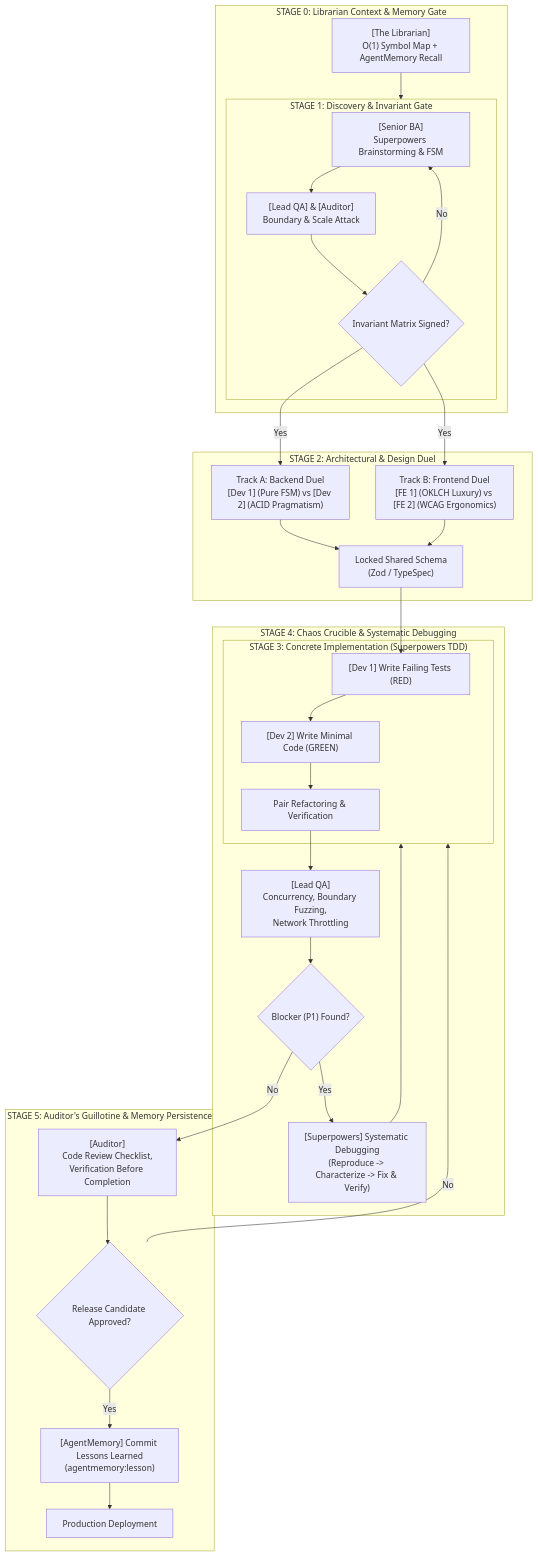
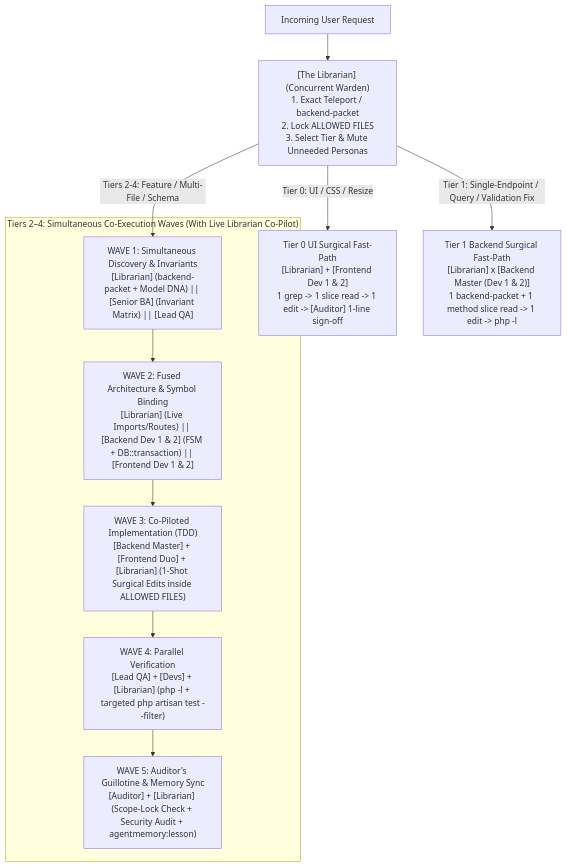
One commit to dorothydiaz/rms changed the diagram in .agents/skills/dev-team/references/07-adversarial-workflow-matrix.md. Above: the diagram before and after it, drawn with Mermaid. The commit also changed other lines of this file and 12 other files, not shown here.

Commit message:
feat: add multi-agent system rules, librarian index, and dev team skills and scripts

````diff
--- a/.agents/skills/dev-team/references/07-adversarial-workflow-matrix.md
+++ b/.agents/skills/dev-team/references/07-adversarial-workflow-matrix.md
@@ -11,39 +11,17 @@
 ```mermaid
 flowchart TD
-    subgraph S0["STAGE 0: Librarian Context & Memory Gate"]
-        LIB["[The Librarian]<br>O(1) Symbol Map + AgentMemory Recall"] --> S1
-    end
+    REQ["Incoming User Request"] --> LIB_LOCK["[The Librarian] (Concurrent Warden)<br>1. Exact Teleport / backend-packet<br>2. Lock ALLOWED FILES<br>3. Select Tier & Mute Unneeded Personas"]
 
-    subgraph S1["STAGE 1: Discovery & Invariant Gate"]
-        BA["[Senior BA]<br>Superpowers Brainstorming & FSM"] --> QA_AUD["[Lead QA] & [Auditor]<br>Boundary & Scale Attack"]
-        QA_AUD --> G1{"Invariant Matrix Signed?"}
-        G1 -- No --> BA
-    end
+    LIB_LOCK -- "Tier 0: UI / CSS / Resize" --> T0["Tier 0 UI Surgical Fast-Path<br>[Librarian] + [Frontend Dev 1 & 2]<br>1 grep -> 1 slice read -> 1 edit -> [Auditor] 1-line sign-off"]
+    LIB_LOCK -- "Tier 1: Single-Endpoint / Query / Validation Fix" --> T1["Tier 1 Backend Surgical Fast-Path<br>[Librarian] x [Backend Master (Dev 1 & 2)]<br>1 backend-packet + 1 method slice read -> 1 edit -> php -l"]
+    LIB_LOCK -- "Tiers 2-4: Feature / Multi-File / Schema" --> W1
 
-    subgraph S2["STAGE 2: Architectural & Design Duel"]
-        G1 -- Yes --> B_DUEL["Track A: Backend Duel<br>[Dev 1] (Pure FSM) vs [Dev 2] (ACID Pragmatism)"]
-        G1 -- Yes --> F_DUEL["Track B: Frontend Duel<br>[FE 1] (OKLCH Luxury) vs [FE 2] (WCAG Ergonomics)"]
-        B_DUEL & F_DUEL --> CONTRACT["Locked Shared Schema<br>(Zod / TypeSpec)"]
-    end
-
-    subgraph S3["STAGE 3: Concrete Implementation (Superpowers TDD)"]
-        CONTRACT --> TDD_RED["[Dev 1] Write Failing Tests (RED)"]
-        TDD_RED --> TDD_GREEN["[Dev 2] Write Minimal Code (GREEN)"]
-        TDD_GREEN --> TDD_REF["Pair Refactoring & Verification"]
-    end
-
-    subgraph S4["STAGE 4: Chaos Crucible & Systematic Debugging"]
-        TDD_REF --> CHAOS["[Lead QA]<br>Concurrency, Boundary Fuzzing,<br>Network Throttling"]
-        CHAOS --> BUGS{"Blocker (P1) Found?"}
-        BUGS -- Yes --> SYS_DEBUG["[Superpowers] Systematic Debugging<br>(Reproduce -> Characterize -> Fix & Verify)"]
-        SYS_DEBUG --> S3
-    end
-
-    subgraph S5["STAGE 5: Auditor's Guillotine & Memory Persistence"]
-        BUGS -- No --> AUDIT["[Auditor]<br>Code Review Checklist,<br>Verification Before Completion"]
-        AUDIT --> PASS{"Release Candidate Approved?"}
-        PASS -- No --> S3
-        PASS -- Yes --> MEM_SAVE["[AgentMemory] Commit Lessons Learned<br>(agentmemory:lesson)"]
-        MEM_SAVE --> SHIP["Production Deployment"]
+    subgraph SWARM["Tiers 2–4: Simultaneous Co-Execution Waves (With Live Librarian Co-Pilot)"]
+        W1["WAVE 1: Simultaneous Discovery & Invariants<br>[Librarian] (backend-packet + Model DNA) || [Senior BA] (Invariant Matrix) || [Lead QA]"]
+        W2["WAVE 2: Fused Architecture & Symbol Binding<br>[Librarian] (Live Imports/Routes) || [Backend Dev 1 & 2] (FSM + DB::transaction) || [Frontend Dev 1 & 2]"]
+        W3["WAVE 3: Co-Piloted Implementation (TDD)<br>[Backend Master] + [Frontend Duo] + [Librarian] (1-Shot Surgical Edits inside ALLOWED FILES)"]
+        W4["WAVE 4: Parallel Verification<br>[Lead QA] + [Devs] + [Librarian] (php -l + targeted php artisan test --filter)"]
+        W5["WAVE 5: Auditor's Guillotine & Memory Sync<br>[Auditor] + [Librarian] (Scope-Lock Check + Security Audit + agentmemory:lesson)"]
+        W1 --> W2 --> W3 --> W4 --> W5
     end
 ```
````
